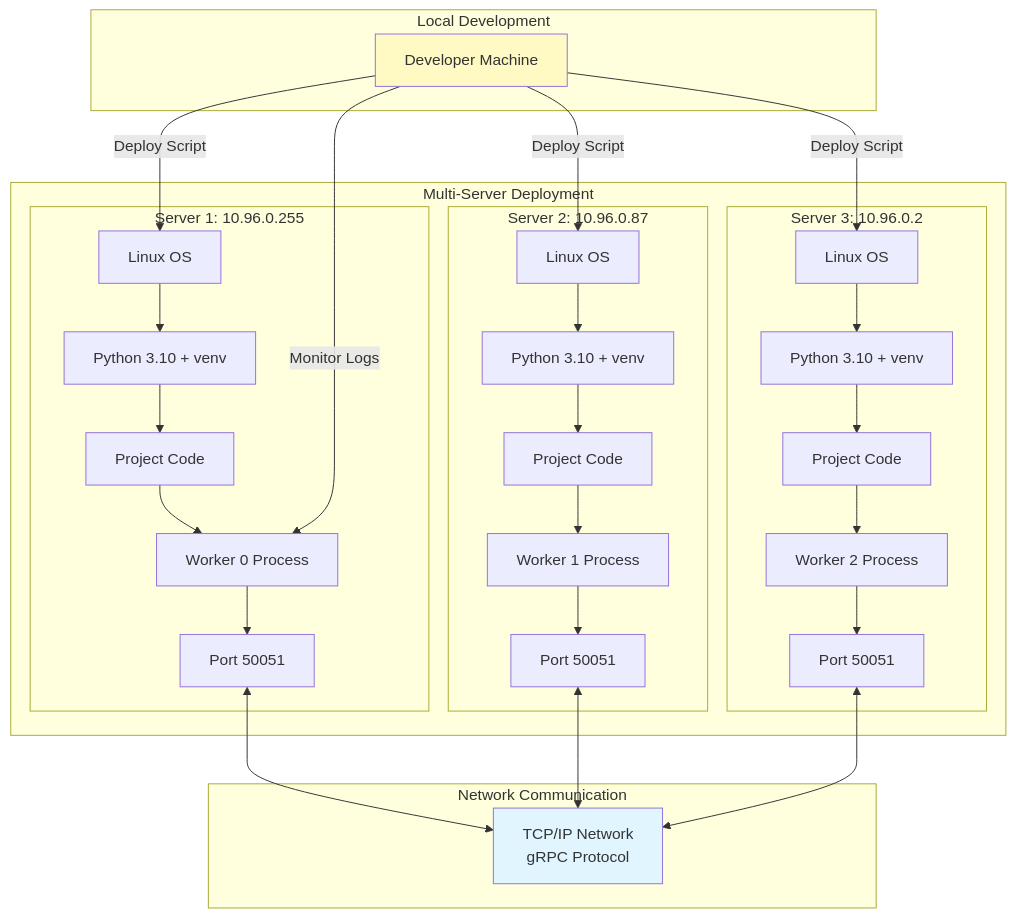
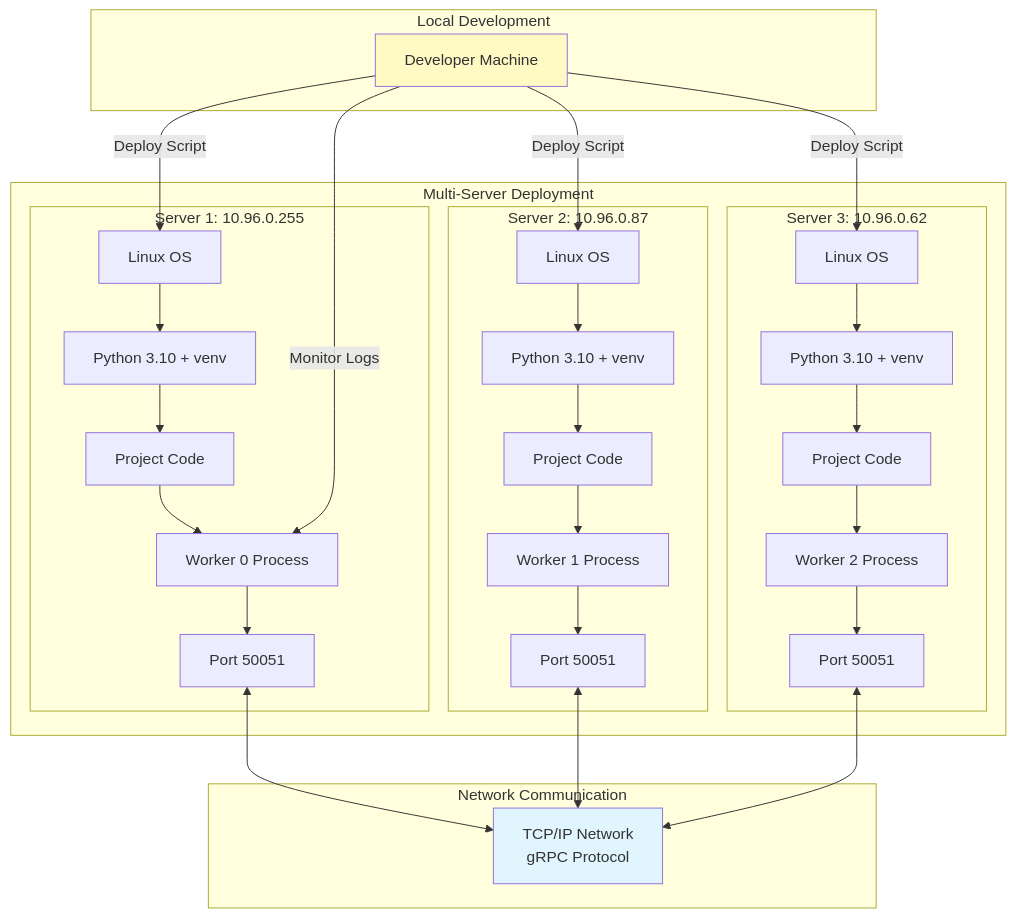
One commit to Gufran2809/MPLS-python changed the eighth of 8 diagrams in ARCHITECTURE.md. Above: the diagram before and after it, drawn with Mermaid. The commit also changed other lines of this file and 9 other files, not shown here.

````diff
--- a/ARCHITECTURE.md
+++ b/ARCHITECTURE.md
@@ -377,47 +377,47 @@
 ```mermaid
 graph TB
     subgraph "Multi-Server Deployment"
         subgraph "Server 1: 10.96.0.255"
             S1_OS[Linux OS]
             S1_OS --> S1_PY[Python 3.10 + venv]
             S1_PY --> S1_CODE[Project Code]
             S1_CODE --> S1_W[Worker 0 Process]
             S1_W --> S1_PORT[Port 50051]
         end
         
         subgraph "Server 2: 10.96.0.87"
             S2_OS[Linux OS]
             S2_OS --> S2_PY[Python 3.10 + venv]
             S2_PY --> S2_CODE[Project Code]
             S2_CODE --> S2_W[Worker 1 Process]
             S2_W --> S2_PORT[Port 50051]
         end
         
-        subgraph "Server 3: 10.96.0.2"
+        subgraph "Server 3: 10.96.0.62"
             S3_OS[Linux OS]
             S3_OS --> S3_PY[Python 3.10 + venv]
             S3_PY --> S3_CODE[Project Code]
             S3_CODE --> S3_W[Worker 2 Process]
             S3_W --> S3_PORT[Port 50051]
         end
     end
     
     subgraph "Network Communication"
         NET[TCP/IP Network<br/>gRPC Protocol]
     end
     
     S1_PORT <--> NET
     S2_PORT <--> NET
     S3_PORT <--> NET
     
     subgraph "Local Development"
         DEV[Developer Machine]
         DEV -->|Deploy Script| S1_OS
         DEV -->|Deploy Script| S2_OS
         DEV -->|Deploy Script| S3_OS
         DEV -->|Monitor Logs| S1_W
     end
     
     style DEV fill:#fff9c4
     style NET fill:#e1f5ff
 ```
````
